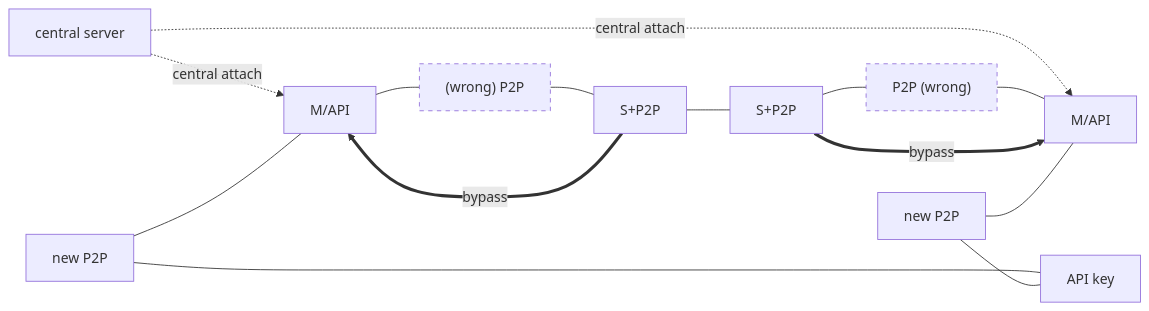
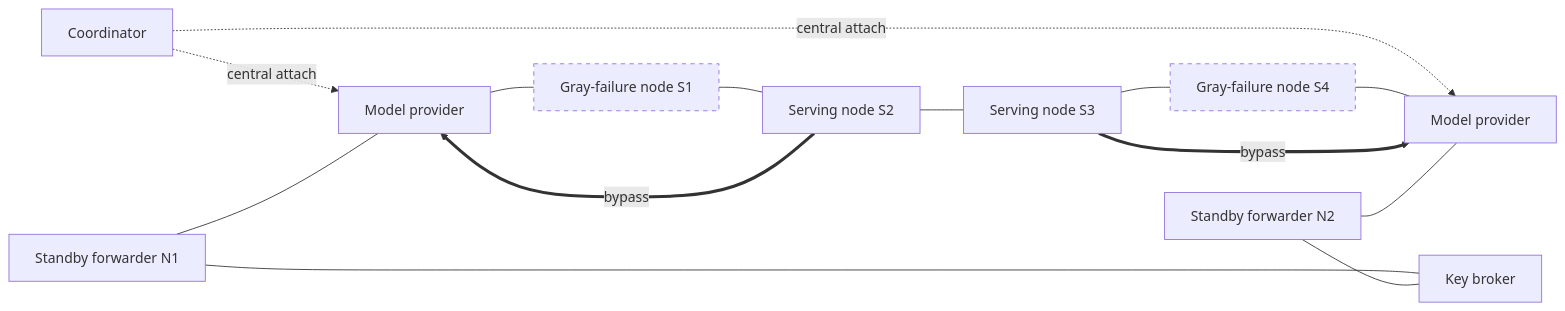
One commit to Larrydev-cpp/secdogie changed the second of 3 diagrams in inference/README.md. Above: the diagram before and after it, drawn with Mermaid. The commit also changed other lines of this file and 4 other files, not shown here.

````diff
--- a/inference/README.md
+++ b/inference/README.md
@@ -55,13 +86,13 @@
 ```mermaid
 flowchart LR
-  C["central server"] -.->|"central attach"| L
+  C["Coordinator"] -.->|"central attach"| L
   C -.->|"central attach"| R
   S2 ==>|"bypass"| L
-  N1["new P2P"] --- L
-  N1 --- K["API key"]
-  L["M/API"] --- S1["(wrong) P2P"]:::bad --- S2["S+P2P"] --- S3["S+P2P"] --- S4["P2P (wrong)"]:::bad --- R["M/API"]
+  N1["Standby forwarder N1"] --- L
+  N1 --- K["Key broker"]
+  L["Model provider"] --- S1["Gray-failure node S1"]:::bad --- S2["Serving node S2"] --- S3["Serving node S3"] --- S4["Gray-failure node S4"]:::bad --- R["Model provider"]
   S3 ==>|"bypass"| R
-  N2["new P2P"] --- R
+  N2["Standby forwarder N2"] --- R
   N2 --- K
   classDef bad stroke-dasharray: 5 5
 ```
````
